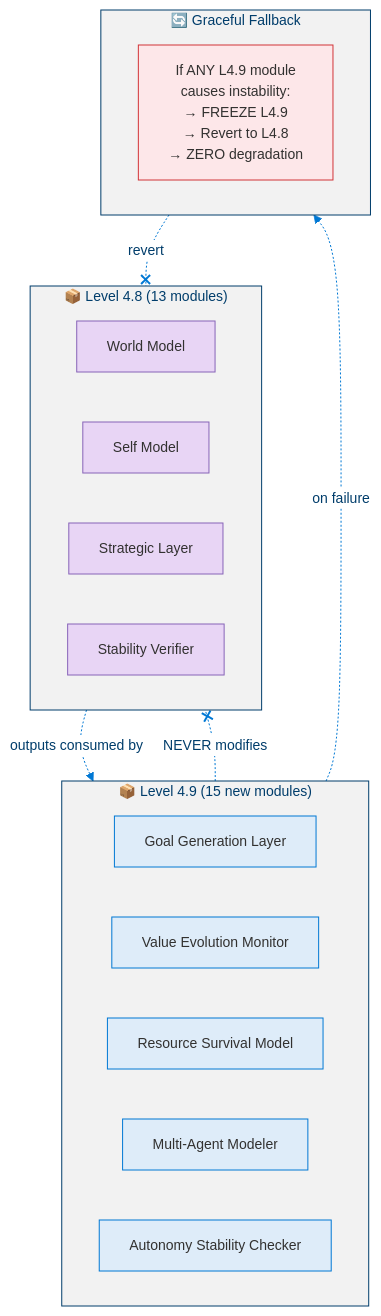
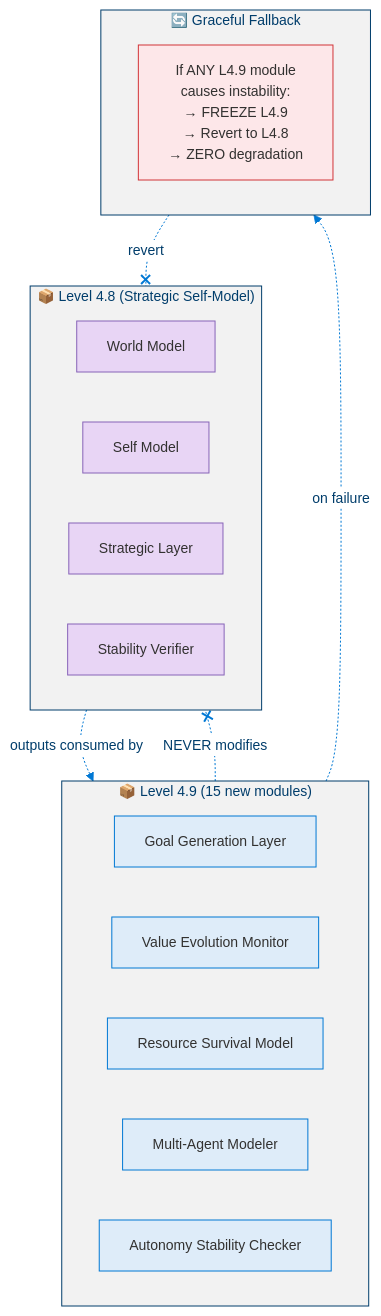
One commit to dotnetpower/mscp changed the second of 19 diagrams in docs/levels/Level_4_9_Autonomous_Strategic_Agent.md. Above: the diagram before and after it, drawn with Mermaid. The commit also changed other lines of this file and 16 other files, not shown here.

````diff
--- a/docs/levels/Level_4_9_Autonomous_Strategic_Agent.md
+++ b/docs/levels/Level_4_9_Autonomous_Strategic_Agent.md
@@ -108,31 +109,31 @@
 ```mermaid
 %%{init: {'theme': 'base', 'themeVariables': {'primaryColor': '#0078D4', 'primaryTextColor': '#003D6B', 'primaryBorderColor': '#003D6B', 'secondaryColor': '#50E6FF', 'secondaryTextColor': '#323130', 'secondaryBorderColor': '#00BCF2', 'tertiaryColor': '#F2F2F2', 'tertiaryTextColor': '#323130', 'lineColor': '#0078D4', 'textColor': '#323130', 'mainBkg': '#DEECF9', 'nodeBorder': '#0078D4', 'clusterBkg': '#F2F2F2', 'clusterBorder': '#003D6B', 'titleColor': '#003D6B', 'edgeLabelBackground': '#FFFFFF', 'fontSize': '14px'}}}%%
 flowchart TD
   classDef l48 fill:#E8D5F5,stroke:#8764B8,color:#323130
   classDef l49 fill:#DEECF9,stroke:#0078D4,color:#323130
   classDef danger fill:#FDE7E9,stroke:#D13438,color:#323130
 
-  subgraph L48["📦 Level 4.8 (13 modules)"]
+  subgraph L48["📦 Level 4.8 (Strategic Self-Model)"]
     WM["World Model"]:::l48
     SM["Self Model"]:::l48
     SL["Strategic Layer"]:::l48
     SV["Stability Verifier"]:::l48
   end
 
   subgraph L49["📦 Level 4.9 (15 new modules)"]
     GGL["Goal Generation Layer"]:::l49
     VEM["Value Evolution Monitor"]:::l49
     RSM["Resource Survival Model"]:::l49
     MAM["Multi-Agent Modeler"]:::l49
     ASC["Autonomy Stability Checker"]:::l49
   end
 
   subgraph Fallback["🔄 Graceful Fallback"]
     FB["If ANY L4.9 module<br/>causes instability:<br/>→ FREEZE L4.9<br/>→ Revert to L4.8<br/>→ ZERO degradation"]:::danger
   end
 
   L48 -.->|"outputs consumed by"| L49
   L49 -.-x|"NEVER modifies"| L48
   L49 -.->|"on failure"| Fallback
   Fallback -.-x|"revert"| L48
 ```
````
